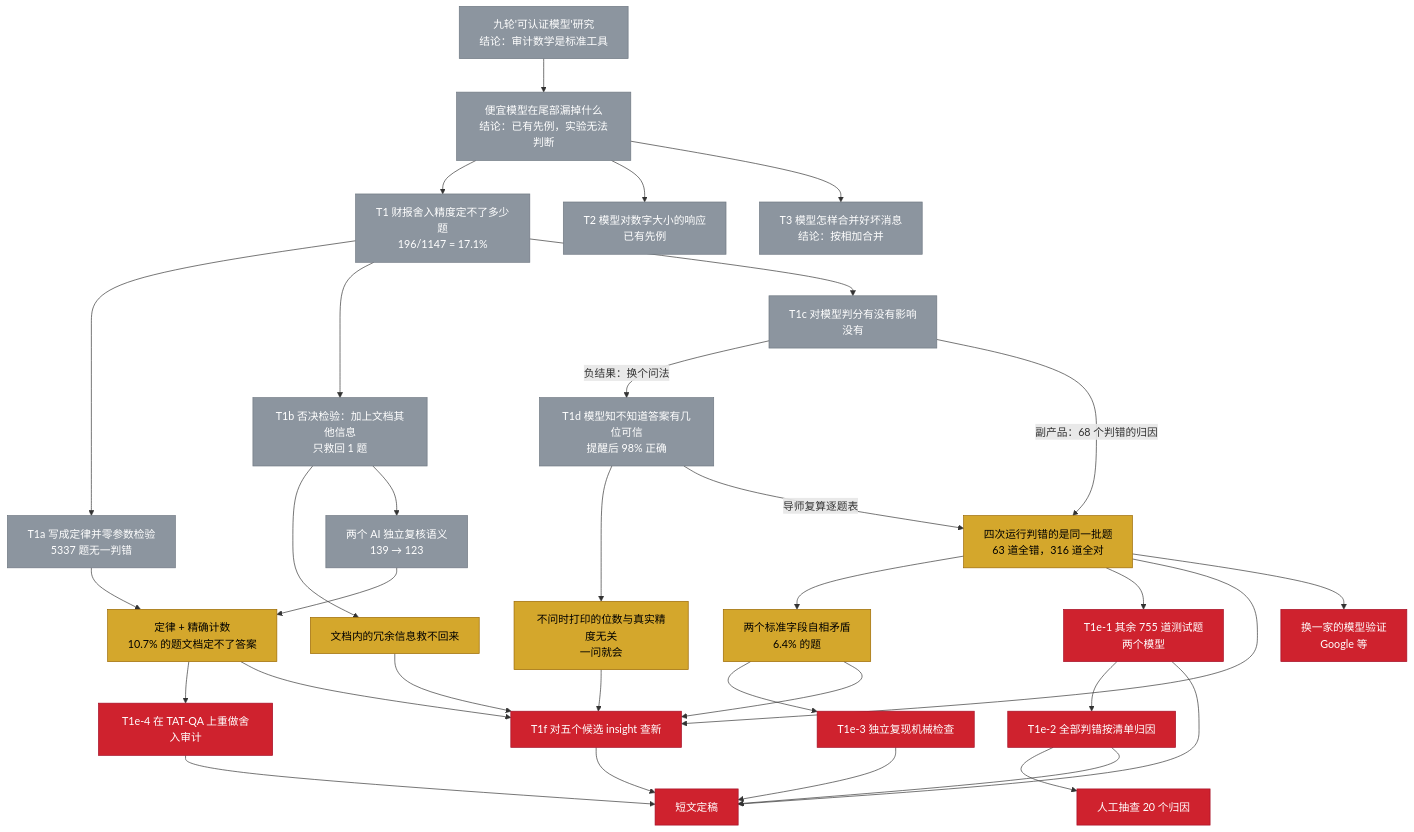
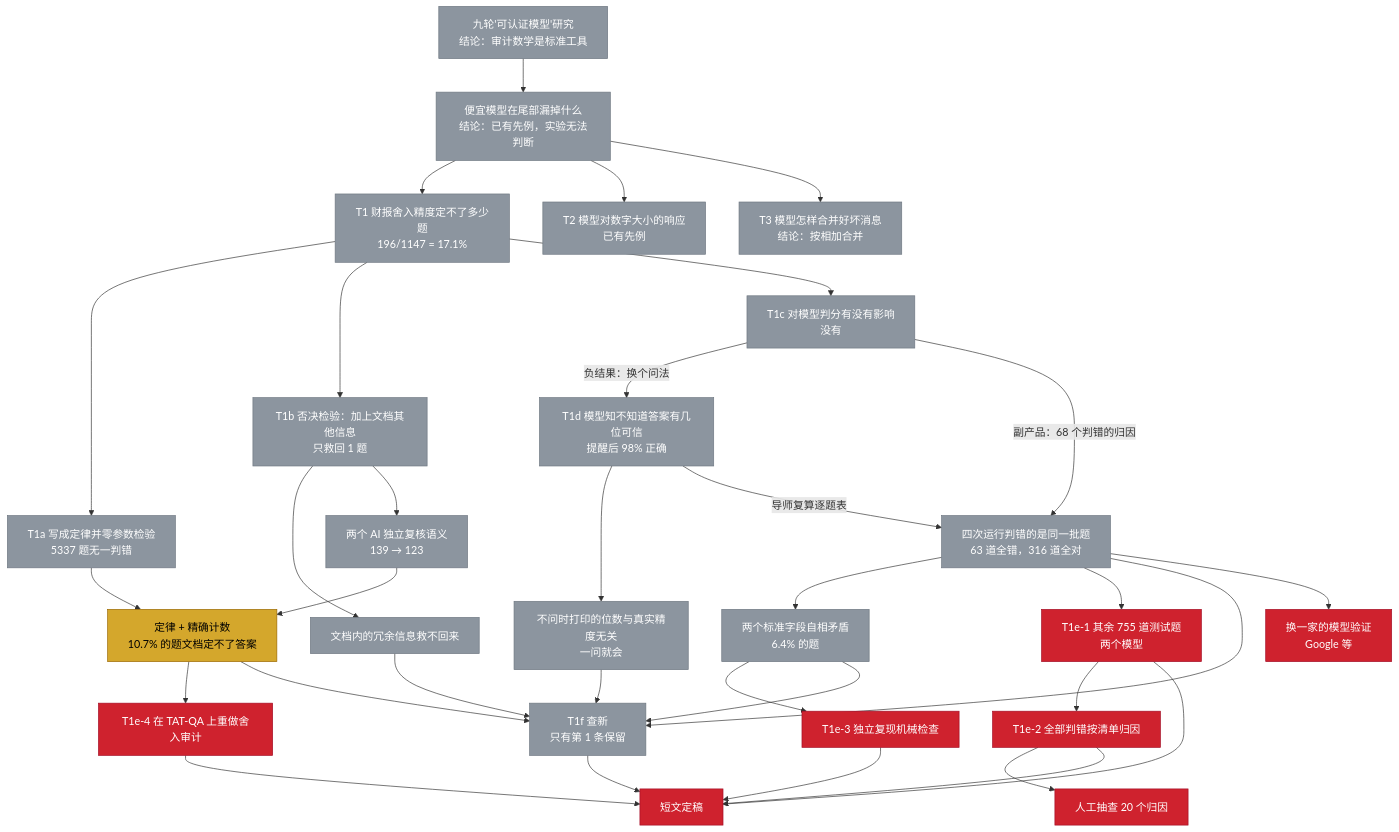
The diagram in README.md (130U/Proxy-Tail-Anatomy-of-a-Failed-Research-Line-on-LLM-Evaluation-in-Finance), drawn with Mermaid before and after one commit. The commit also changed other lines of this file, not shown here.

````diff
--- a/README.md
+++ b/README.md
@@ -24,53 +24,53 @@
 ```mermaid
 flowchart TD
     classDef done fill:#2da44e,color:#fff,stroke:#1a7f37
     classDef todo fill:#cf222e,color:#fff,stroke:#a40e26
     classDef gold fill:#d4a72c,color:#000,stroke:#9a6700
     classDef closed fill:#8c959f,color:#fff,stroke:#6e7781
 
     H0["九轮'可认证模型'研究<br/>结论：审计数学是标准工具"]:::closed
     H1["便宜模型在尾部漏掉什么<br/>结论：已有先例，实验无法判断"]:::closed
     T2["T2 模型对数字大小的响应<br/>已有先例"]:::closed
     T3["T3 模型怎样合并好坏消息<br/>结论：按相加合并"]:::closed
 
     T1["T1 财报舍入精度定不了多少题<br/>196/1147 = 17.1%"]:::closed
     T1a["T1a 写成定律并零参数检验<br/>5337 题无一判错"]:::closed
     T1b["T1b 否决检验：加上文档其他信息<br/>只救回 1 题"]:::closed
     T1c["T1c 对模型判分有没有影响<br/>没有"]:::closed
     T1d["T1d 模型知不知道答案有几位可信<br/>提醒后 98% 正确"]:::closed
     REV["两个 AI 独立复核语义<br/>139 → 123"]:::closed
 
     G1["定律 + 精确计数<br/>10.7% 的题文档定不了答案"]:::gold
-    G2["文档内的冗余信息救不回来"]:::gold
-    G3["不问时打印的位数与真实精度无关<br/>一问就会"]:::gold
-    G4["四次运行判错的是同一批题<br/>63 道全错，316 道全对"]:::gold
-    G5["两个标准字段自相矛盾<br/>6.4% 的题"]:::gold
+    G2["文档内的冗余信息救不回来"]:::closed
+    G3["不问时打印的位数与真实精度无关<br/>一问就会"]:::closed
+    G4["四次运行判错的是同一批题<br/>63 道全错，316 道全对"]:::closed
+    G5["两个标准字段自相矛盾<br/>6.4% 的题"]:::closed
 
     T1e1["T1e-1 其余 755 道测试题<br/>两个模型"]:::todo
     T1e2["T1e-2 全部判错按清单归因"]:::todo
     T1e3["T1e-3 独立复现机械检查"]:::todo
     T1e4["T1e-4 在 TAT-QA 上重做舍入审计"]:::todo
-    T1f["T1f 对五个候选 insight 查新"]:::todo
+    T1f["T1f 查新<br/>只有第 1 条保留"]:::closed
     X1["换一家的模型验证<br/>Google 等"]:::todo
     X2["人工抽查 20 个归因"]:::todo
     P["短文定稿"]:::todo
 
     H0 --> H1 --> T1
     H1 --> T2
     H1 --> T3
     T1 --> T1a --> G1
     T1 --> T1b --> G2
     T1 --> T1c
     T1b --> REV --> G1
     T1c -->|"负结果：换个问法"| T1d --> G3
     T1c -->|"副产品：68 个判错的归因"| G4
     T1d -->|"导师复算逐题表"| G4
     G4 --> G5
     G4 --> T1e1 --> T1e2
     G5 --> T1e3
     G1 --> T1e4
     G1 & G2 & G3 & G4 & G5 --> T1f
     G4 --> X1
     T1e2 --> X2
     T1e1 & T1e2 & T1e3 & T1e4 & T1f --> P
 ```
````
